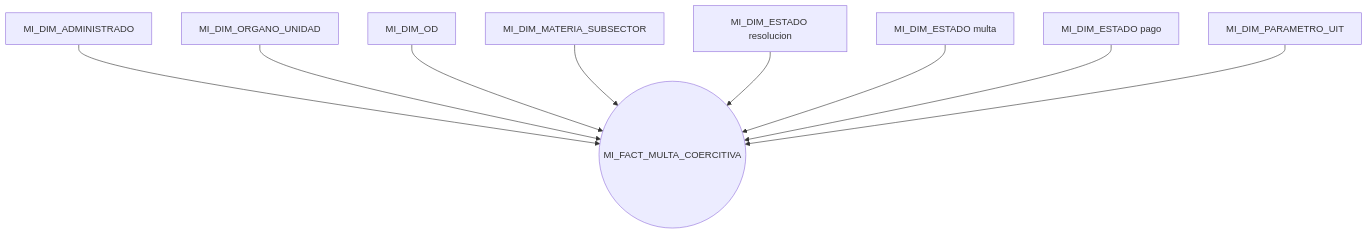
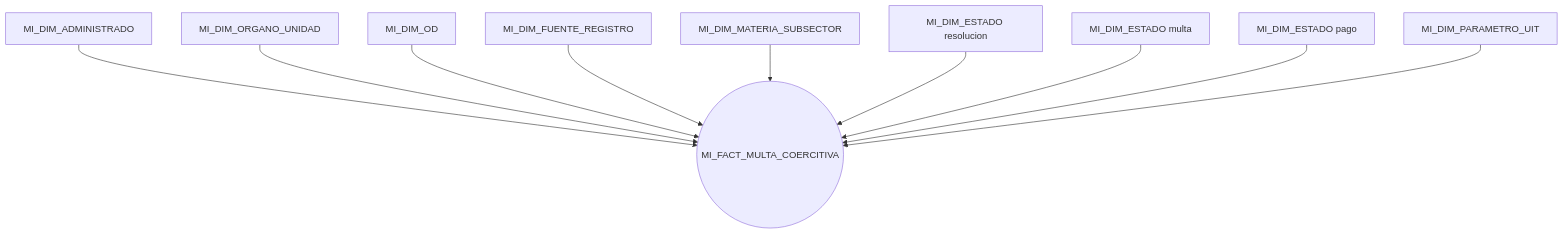
Before and after one commit to nwodevops/multa_informes_etl: the third of 3 diagrams in docs/adjuntos/modelo-kimball.md, drawn with Mermaid. The commit also changed other lines of this file and 11 other files, not shown here.

First line of the commit message:
feat(dw): add MI_DIM_FUENTE_REGISTRO and beginner Kimball guide.

````diff
--- a/docs/adjuntos/modelo-kimball.md
+++ b/docs/adjuntos/modelo-kimball.md
@@ -130,20 +149,22 @@
 ```mermaid
 flowchart TB
   ADM[MI_DIM_ADMINISTRADO]
   ORG[MI_DIM_ORGANO_UNIDAD]
   OD[MI_DIM_OD]
+  FUE[MI_DIM_FUENTE_REGISTRO]
   MAT[MI_DIM_MATERIA_SUBSECTOR]
   EST_R[MI_DIM_ESTADO resolucion]
   EST_M[MI_DIM_ESTADO multa]
   EST_P[MI_DIM_ESTADO pago]
   UIT[MI_DIM_PARAMETRO_UIT]
   FMC(("MI_FACT_MULTA_COERCITIVA"))
   ADM --> FMC
   ORG --> FMC
   OD --> FMC
+  FUE --> FMC
   MAT --> FMC
   EST_R --> FMC
   EST_M --> FMC
   EST_P --> FMC
   UIT --> FMC
 ```
````
